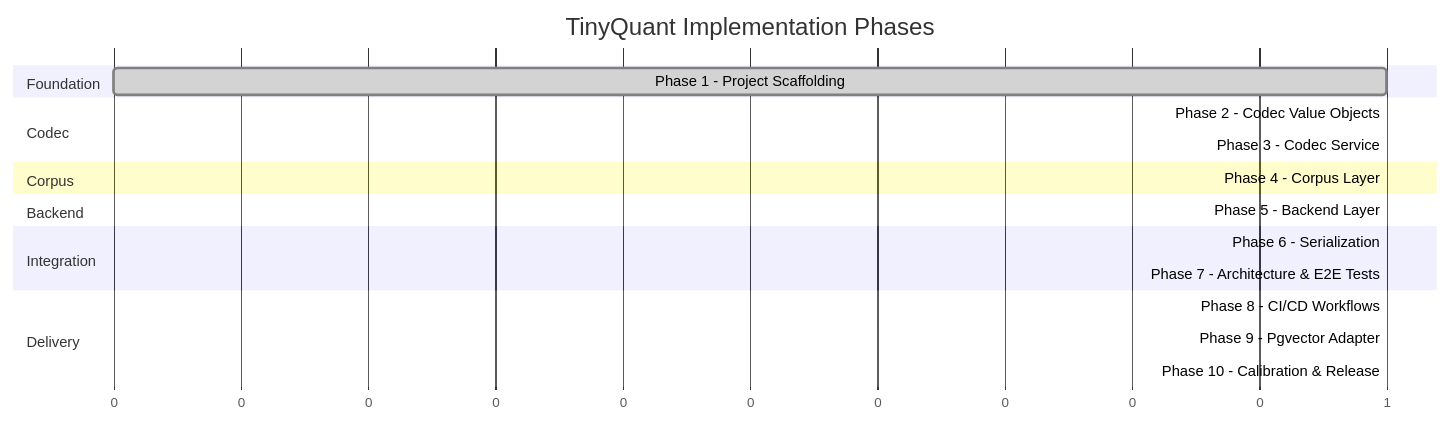
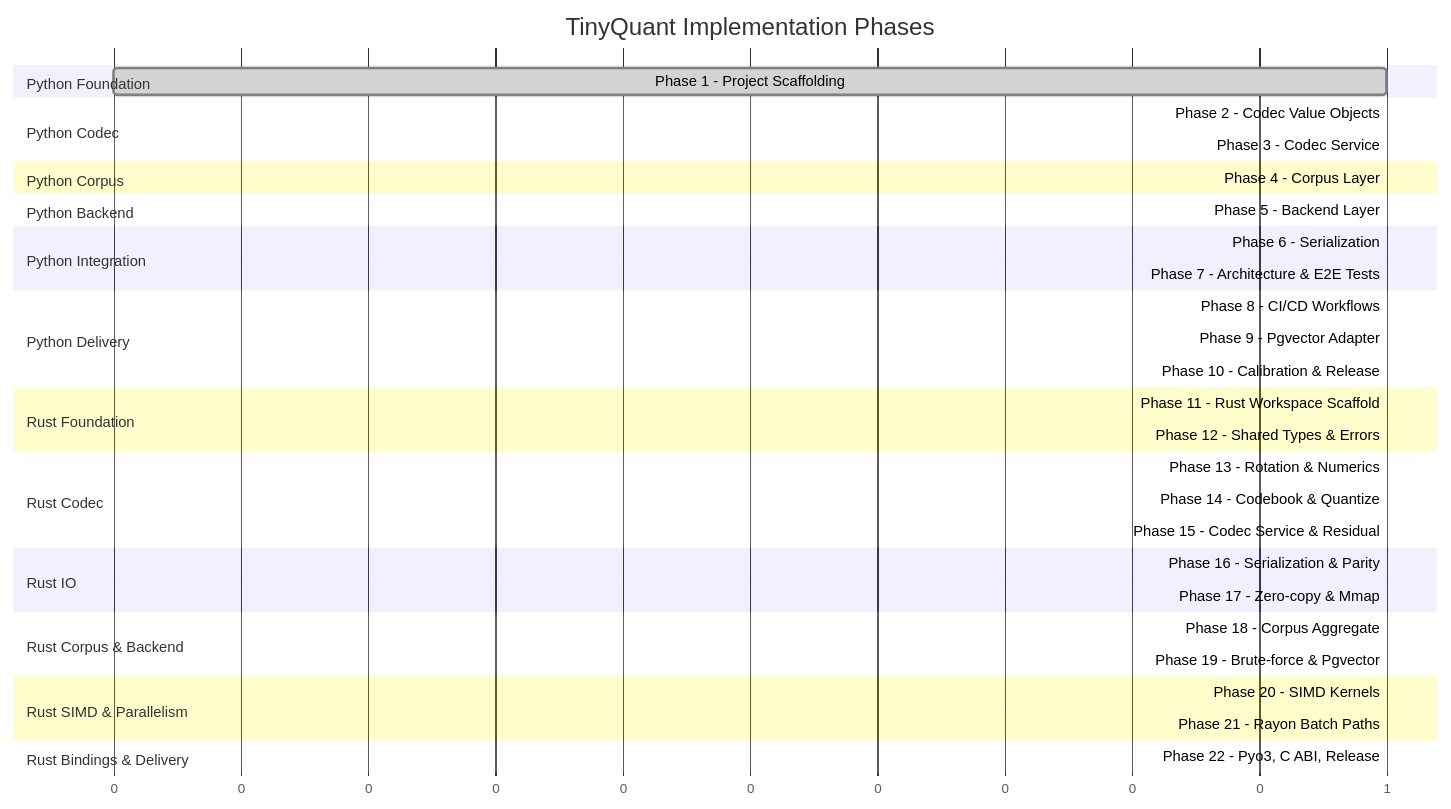
Before and after one commit to better-with-models/TinyQuant: the diagram in docs/roadmap.md, drawn with Mermaid. The commit also changed other lines of this file and 1 other file, not shown here.

````diff
--- a/docs/roadmap.md
+++ b/docs/roadmap.md
@@ -21,22 +26,40 @@
 ```mermaid
 gantt
     title TinyQuant Implementation Phases
     dateFormat X
     axisFormat %s
-    section Foundation
+    section Python Foundation
         Phase 1 - Project Scaffolding       :done, p1, 0, 1
-    section Codec
+    section Python Codec
         Phase 2 - Codec Value Objects       :done, p2, after p1, 1
         Phase 3 - Codec Service             :done, p3, after p2, 1
-    section Corpus
+    section Python Corpus
         Phase 4 - Corpus Layer              :done, p4, after p3, 1
-    section Backend
+    section Python Backend
         Phase 5 - Backend Layer             :done, p5, after p4, 1
-    section Integration
+    section Python Integration
         Phase 6 - Serialization             :done, p6, after p5, 1
         Phase 7 - Architecture & E2E Tests  :done, p7, after p6, 1
-    section Delivery
+    section Python Delivery
         Phase 8 - CI/CD Workflows           :done, p8, after p7, 1
         Phase 9 - Pgvector Adapter          :done, p9, after p8, 1
         Phase 10 - Calibration & Release    :done, p10, after p9, 1
+    section Rust Foundation
+        Phase 11 - Rust Workspace Scaffold  :active, p11, after p10, 1
+        Phase 12 - Shared Types & Errors    :p12, after p11, 1
+    section Rust Codec
+        Phase 13 - Rotation & Numerics      :p13, after p12, 1
+        Phase 14 - Codebook & Quantize      :p14, after p13, 1
+        Phase 15 - Codec Service & Residual :p15, after p14, 1
+    section Rust IO
+        Phase 16 - Serialization & Parity   :p16, after p15, 1
+        Phase 17 - Zero-copy & Mmap         :p17, after p16, 1
+    section Rust Corpus & Backend
+        Phase 18 - Corpus Aggregate         :p18, after p17, 1
+        Phase 19 - Brute-force & Pgvector   :p19, after p18, 1
+    section Rust SIMD & Parallelism
+        Phase 20 - SIMD Kernels             :p20, after p19, 1
+        Phase 21 - Rayon Batch Paths        :p21, after p20, 1
+    section Rust Bindings & Delivery
+        Phase 22 - Pyo3, C ABI, Release     :p22, after p21, 1
 ```
````
